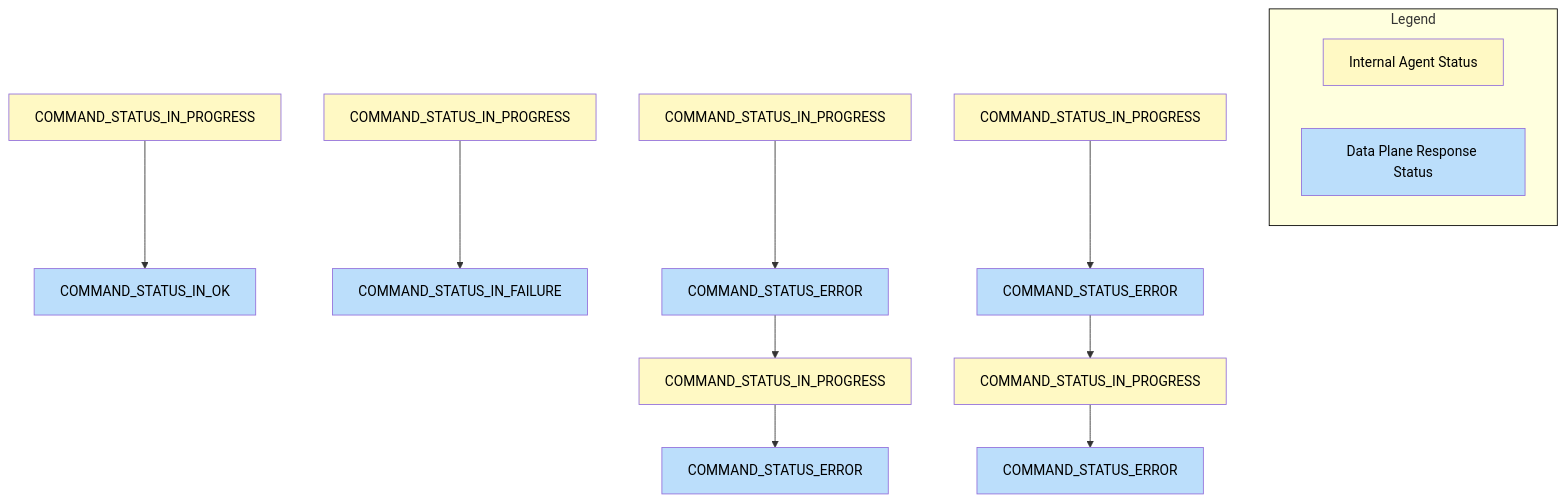
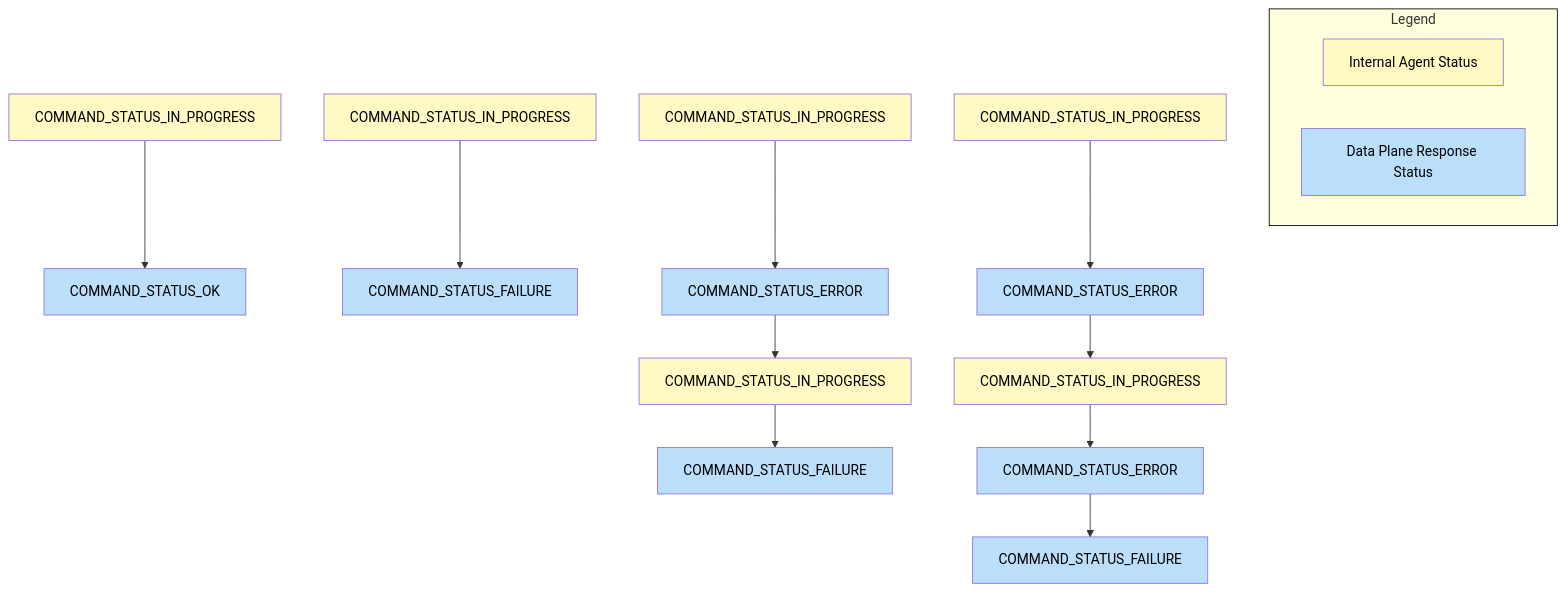
The diagram in docs/architecture/config_apply_state.md (nginx/agent), drawn with Mermaid before and after one commit.

Commit message:
pr feedback

````diff
--- a/docs/architecture/config_apply_state.md
+++ b/docs/architecture/config_apply_state.md
@@ -2,33 +2,35 @@
 ```mermaid
 
 flowchart TB
  subgraph subGraph0["Legend"]
-        12["Internal Agent Status"]
-        13["Data Plane Response Status"]
+        13["Internal Agent Status"]
+        14["Data Plane Response Status"]
   end
-    0["COMMAND_STATUS_IN_PROGRESS"] --> 1["COMMAND_STATUS_IN_OK"]
-    2["COMMAND_STATUS_IN_PROGRESS"] --> 3["COMMAND_STATUS_IN_FAILURE"]
+    0["COMMAND_STATUS_IN_PROGRESS"] --> 1["COMMAND_STATUS_OK"]
+    2["COMMAND_STATUS_IN_PROGRESS"] --> 3["COMMAND_STATUS_FAILURE"]
     4["COMMAND_STATUS_IN_PROGRESS"] --> 5["COMMAND_STATUS_ERROR"]
     5 --> 6["COMMAND_STATUS_IN_PROGRESS"]
-    6 --> 7["COMMAND_STATUS_ERROR"]
+    6 --> 7["COMMAND_STATUS_FAILURE"]
     8["COMMAND_STATUS_IN_PROGRESS"] --> 9["COMMAND_STATUS_ERROR"]
     9 --> 10["COMMAND_STATUS_IN_PROGRESS"]
     10 --> 11["COMMAND_STATUS_ERROR"]
+    11 --> 12["COMMAND_STATUS_FAILURE"]
     style 0 fill:#FFF9C4,color:#000000
     style 1 fill:#BBDEFB,color:#000000
     style 2 fill:#FFF9C4,color:#000000
     style 3 fill:#BBDEFB,color:#000000
     style 4 fill:#FFF9C4,color:#000000
     style 5 fill:#BBDEFB,color:#000000
     style 6 fill:#FFF9C4,color:#000000
     style 7 fill:#BBDEFB,color:#000000
     style 8 fill:#FFF9C4,color:#000000
     style 9 fill:#BBDEFB,color:#000000
     style 10 fill:#FFF9C4,color:#000000
     style 11 fill:#BBDEFB,color:#000000
-    style 12 fill:#FFF9C4,color:#000000
-    style 13 fill:#BBDEFB,color:#000000
+    style 12 fill:#BBDEFB,color:#000000
+    style 13 fill:#FFF9C4,color:#000000
+    style 14 fill:#BBDEFB,color:#000000
     style subGraph0 stroke:#000000
 
 
 ```
````
